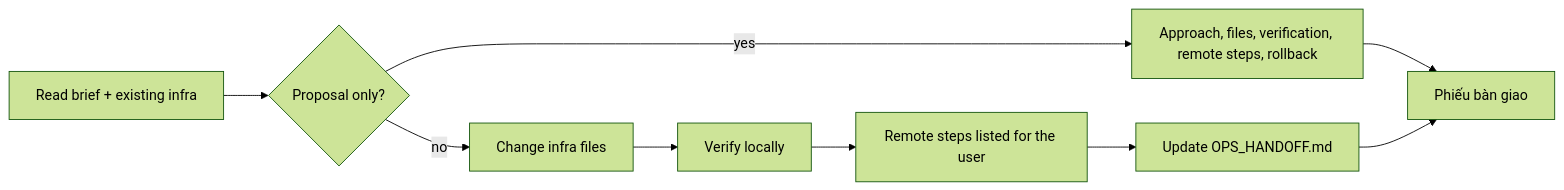
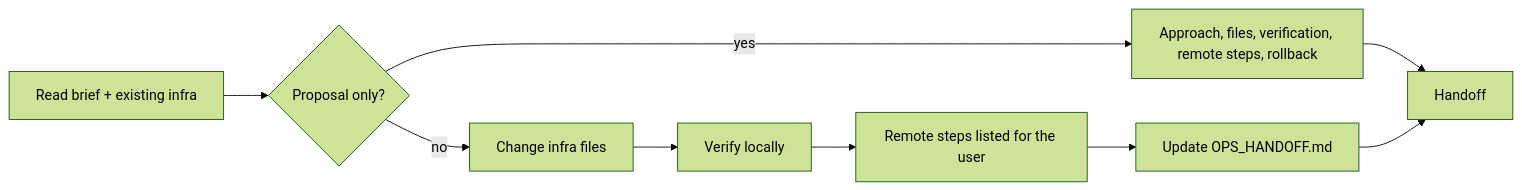
The diagram in agents/devops.md (Tuan-Quyen/technical-teams), drawn with Mermaid (forest theme) before and after one commit. The commit also changed 37 other files, not shown here.

````diff
--- a/agents/devops.md
+++ b/agents/devops.md
@@ -22,9 +22,9 @@
 ```mermaid
 flowchart LR
   A[Read brief + existing infra] --> B{Proposal only?}
   B -- yes --> P[Approach, files, verification, remote steps, rollback] --> H
   B -- no --> C[Change infra files]
   C --> D[Verify locally]
   D --> E[Remote steps listed for the user]
-  E --> F[Update OPS_HANDOFF.md] --> H[Phiếu bàn giao]
+  E --> F[Update OPS_HANDOFF.md] --> H[Handoff]
 ```
````
